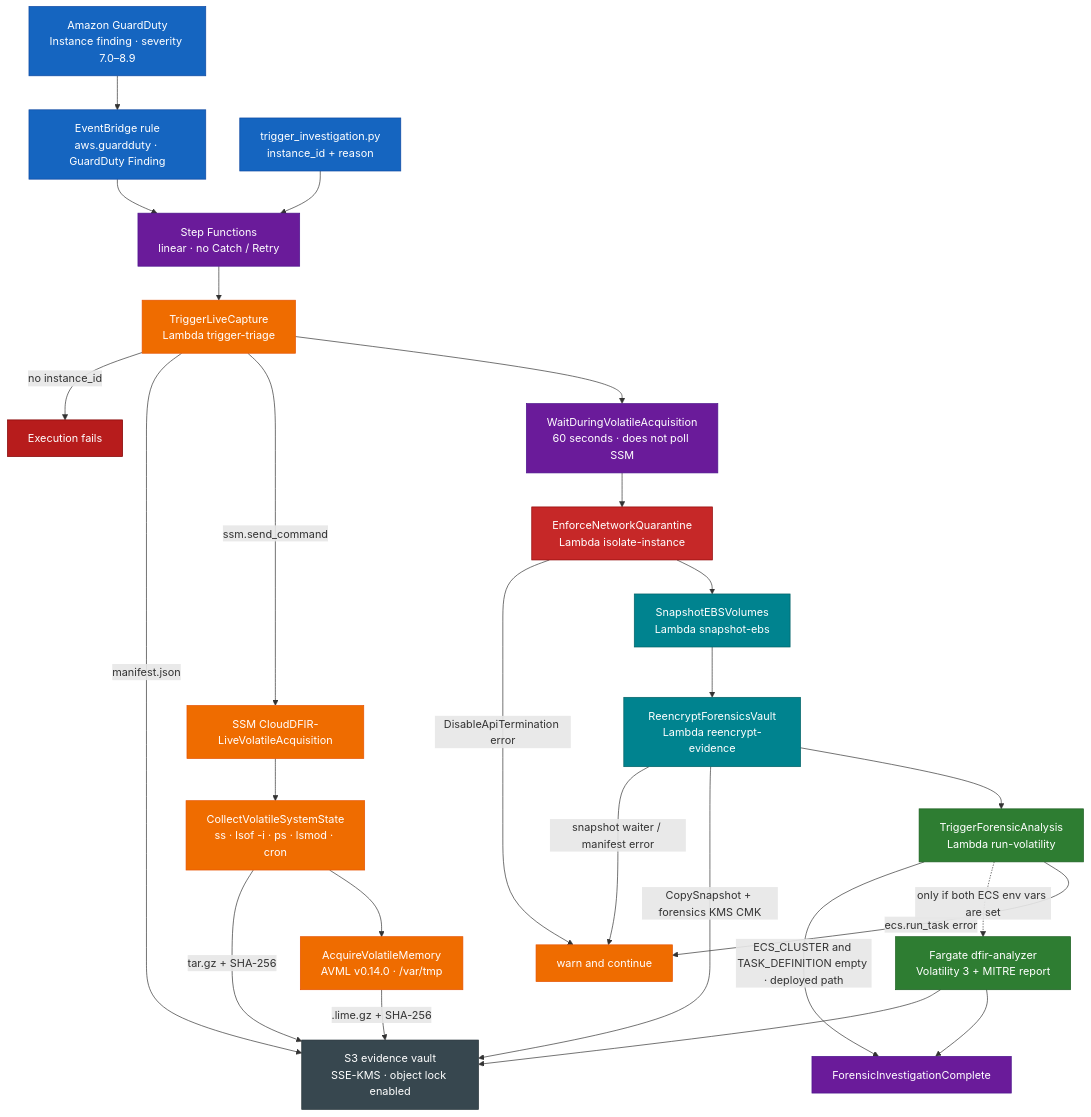
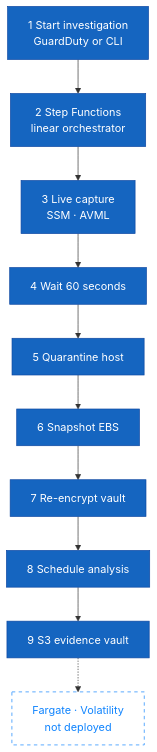
The diagram in docs/architecture.mmd (ritvikindupuri/aws-cloud-dfir), drawn with Mermaid before and after one commit. The commit also changed 2 other files, not shown here.

Commit message:
docs: redraw architecture as a single numbered top-down flow (#2)
Replace the text-heavy figure with a container-hardening-style diagram:
one downward path, official icons, 2-4 word labels, straight non-crossing
arrows, and the undeployed Fargate/Volatility step as a dashed end node.
README numbered steps now match the figure 1-9.

```diff
--- a/docs/architecture.mmd
+++ b/docs/architecture.mmd
@@ -1,47 +1,15 @@
 flowchart TD
-  GD["Amazon GuardDuty<br/>Instance finding · severity 7.0–8.9"] --> EB["EventBridge rule<br/>aws.guardduty · GuardDuty Finding"]
-  CLI["trigger_investigation.py<br/>instance_id + reason"] --> SFN["Step Functions<br/>linear · no Catch / Retry"]
-  EB --> SFN
+  N1["1 Start investigation<br/>GuardDuty or CLI"] --> N2["2 Step Functions<br/>linear orchestrator"]
+  N2 --> N3["3 Live capture<br/>SSM · AVML"]
+  N3 --> N4["4 Wait 60 seconds"]
+  N4 --> N5["5 Quarantine host"]
+  N5 --> N6["6 Snapshot EBS"]
+  N6 --> N7["7 Re-encrypt vault"]
+  N7 --> N8["8 Schedule analysis"]
+  N8 --> N9["9 S3 evidence vault"]
+  N9 -.-> N10["Fargate · Volatility<br/>not deployed"]
 
-  SFN --> T1["TriggerLiveCapture<br/>Lambda trigger-triage"]
-  T1 -->|"no instance_id"| FAIL["Execution fails"]
-  T1 -->|"manifest.json"| S3["S3 evidence vault<br/>SSE-KMS · object lock enabled"]
-  T1 -->|"ssm.send_command"| SSM["SSM CloudDFIR-LiveVolatileAcquisition"]
-  T1 --> W["WaitDuringVolatileAcquisition<br/>60 seconds · does not poll SSM"]
-
-  SSM --> LIVE["CollectVolatileSystemState<br/>ss · lsof -i · ps · lsmod · cron"]
-  LIVE -->|"tar.gz + SHA-256"| S3
-  LIVE --> RAM["AcquireVolatileMemory<br/>AVML v0.14.0 · /var/tmp"]
-  RAM -->|".lime.gz + SHA-256"| S3
-
-  W --> Q["EnforceNetworkQuarantine<br/>Lambda isolate-instance"]
-  Q -->|"DisableApiTermination error"| WARN["warn and continue"]
-  Q --> SNAP["SnapshotEBSVolumes<br/>Lambda snapshot-ebs"]
-  SNAP --> RE["ReencryptForensicsVault<br/>Lambda reencrypt-evidence"]
-  RE -->|"snapshot waiter / manifest error"| WARN
-  RE -->|"CopySnapshot + forensics KMS CMK"| S3
-  RE --> AN["TriggerForensicAnalysis<br/>Lambda run-volatility"]
-  AN -->|"ECS_CLUSTER and TASK_DEFINITION empty · deployed path"| DONE["ForensicInvestigationComplete"]
-  AN -.->|"only if both ECS env vars are set"| ECS["Fargate dfir-analyzer<br/>Volatility 3 + MITRE report"]
-  AN -->|"ecs.run_task error"| WARN
-  ECS --> S3
-  ECS --> DONE
-
-  classDef detect fill:#1565C0,color:#fff,stroke:#0D47A1
-  classDef orch fill:#6A1B9A,color:#fff,stroke:#4A148C
-  classDef acq fill:#EF6C00,color:#fff,stroke:#E65100
-  classDef iso fill:#C62828,color:#fff,stroke:#8E0000
-  classDef disk fill:#00838F,color:#fff,stroke:#006064
-  classDef anal fill:#2E7D32,color:#fff,stroke:#1B5E20
-  classDef store fill:#37474F,color:#fff,stroke:#263238
-  classDef err fill:#B71C1C,color:#fff,stroke:#7F0000
-  classDef warn fill:#EF6C00,color:#fff,stroke:#E65100
-  class GD,EB,CLI detect
-  class SFN,W,DONE orch
-  class T1,SSM,LIVE,RAM acq
-  class Q iso
-  class SNAP,RE disk
-  class AN,ECS anal
-  class S3 store
-  class FAIL err
-  class WARN warn
+  classDef aws fill:#1565C0,color:#fff,stroke:#0D47A1
+  classDef opt fill:#fff,color:#1084FE,stroke:#1084FE,stroke-dasharray: 5 5
+  class N1,N2,N3,N4,N5,N6,N7,N8,N9 aws
+  class N10 opt
```
